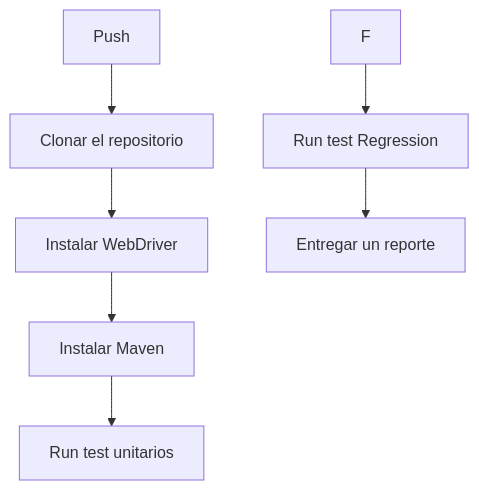
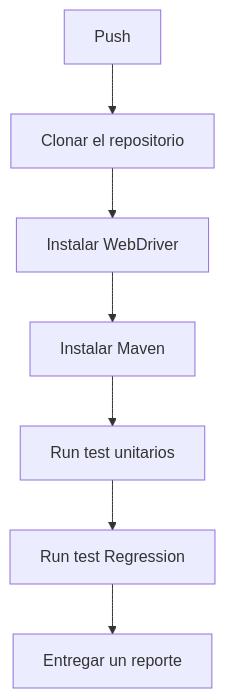
Before and after one commit to RenzoMedina/health_monitoring: the diagram in README.md, drawn with Mermaid. The commit also changed 1 other file, not shown here.

Commit message:
Update version artifact v3 to v4

````diff
--- a/README.md
+++ b/README.md
@@ -23,10 +23,10 @@
 ```mermaid
     graph TD
         A["Push"]
         A --> B["Clonar el repositorio"]
         B --> C["Instalar WebDriver"]
         C --> D["Instalar Maven"]
         D --> E["Run test unitarios"]
-        F --> G["Run test Regression"]
-        G --> H["Entregar un reporte"]
+        E --> F["Run test Regression"]
+        F --> G["Entregar un reporte"]
 ```
````
